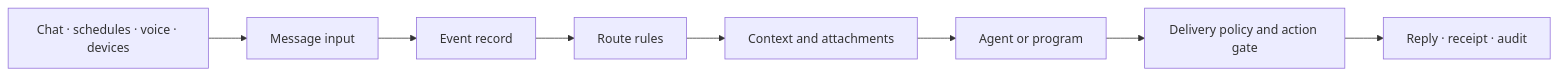
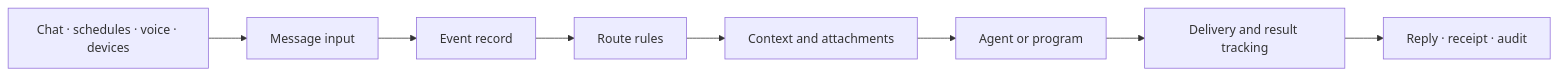
One commit to vb2250158/RabiRoute changed the diagram in README.md. Above: the diagram before and after it, drawn with Mermaid. The commit also changed other lines of this file and 322 other files, not shown here.

````diff
--- a/README.md
+++ b/README.md
@@ -126,10 +134,10 @@
 ```mermaid
 flowchart LR
     A[Chat · schedules · voice · devices] --> B[Message input]
     B --> C[Event record]
     C --> D[Route rules]
     D --> E[Context and attachments]
     E --> F[Agent or program]
-    F --> G[Delivery policy and action gate]
+    F --> G[Delivery and result tracking]
     G --> H[Reply · receipt · audit]
 ```
````
